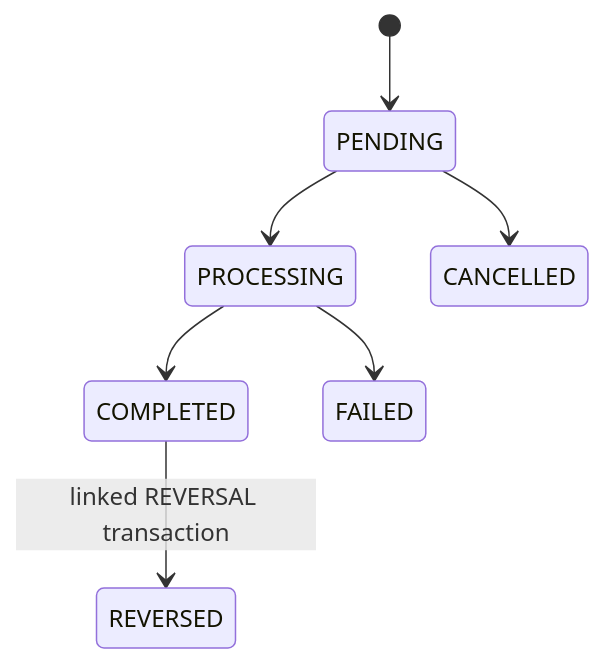
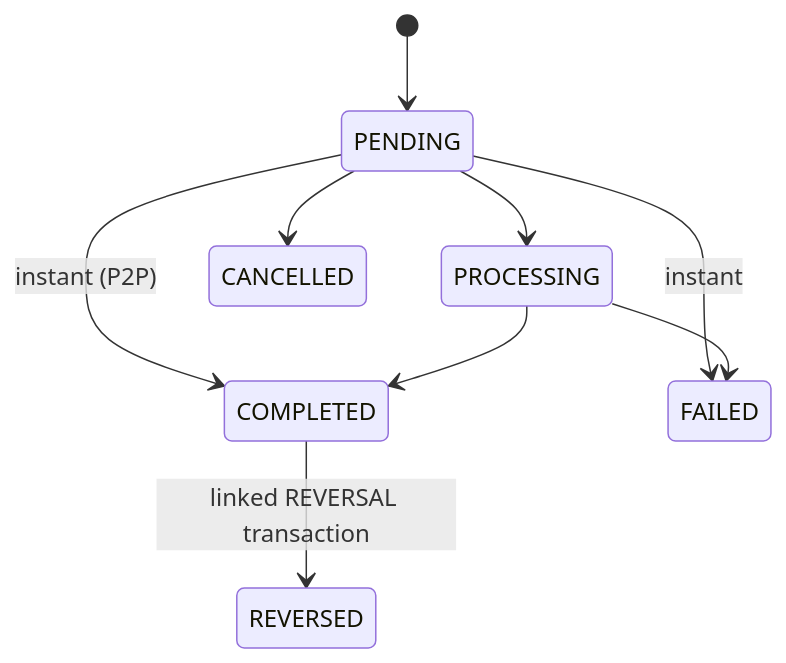
The fifth of 8 diagrams in docs/ARCHITECTURE.md (emmybest19/fundra), drawn with Mermaid before and after one commit. The commit also changed other lines of this file and 5 other files, not shown here.

````diff
--- a/docs/ARCHITECTURE.md
+++ b/docs/ARCHITECTURE.md
@@ -470,9 +470,11 @@
 ```mermaid
 stateDiagram-v2
     [*] --> PENDING
     PENDING --> PROCESSING
+    PENDING --> COMPLETED: instant (P2P)
+    PENDING --> FAILED: instant
     PENDING --> CANCELLED
     PROCESSING --> COMPLETED
     PROCESSING --> FAILED
     COMPLETED --> REVERSED: linked REVERSAL transaction
 ```
````
